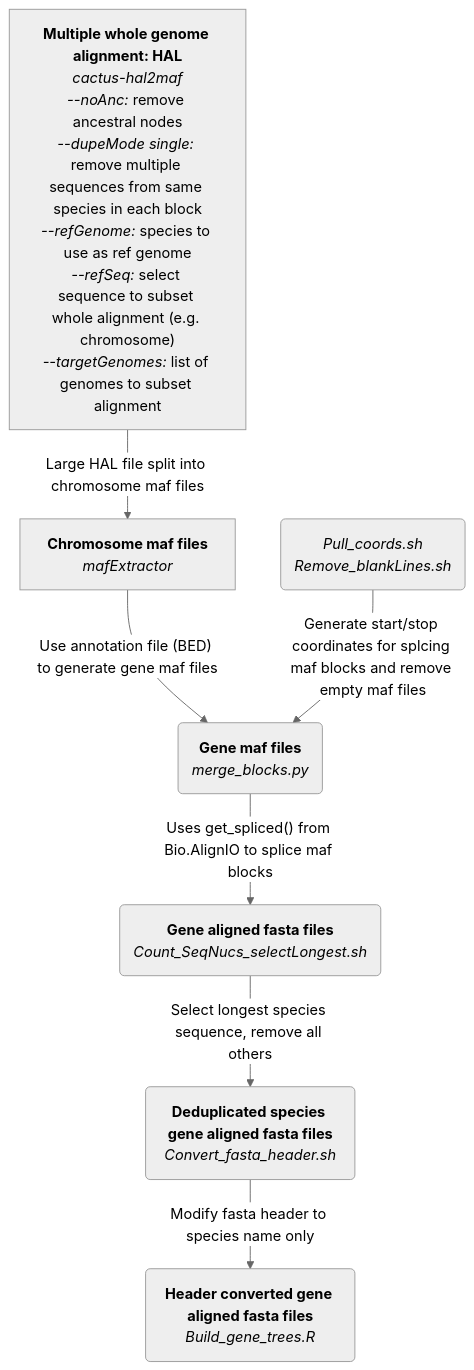
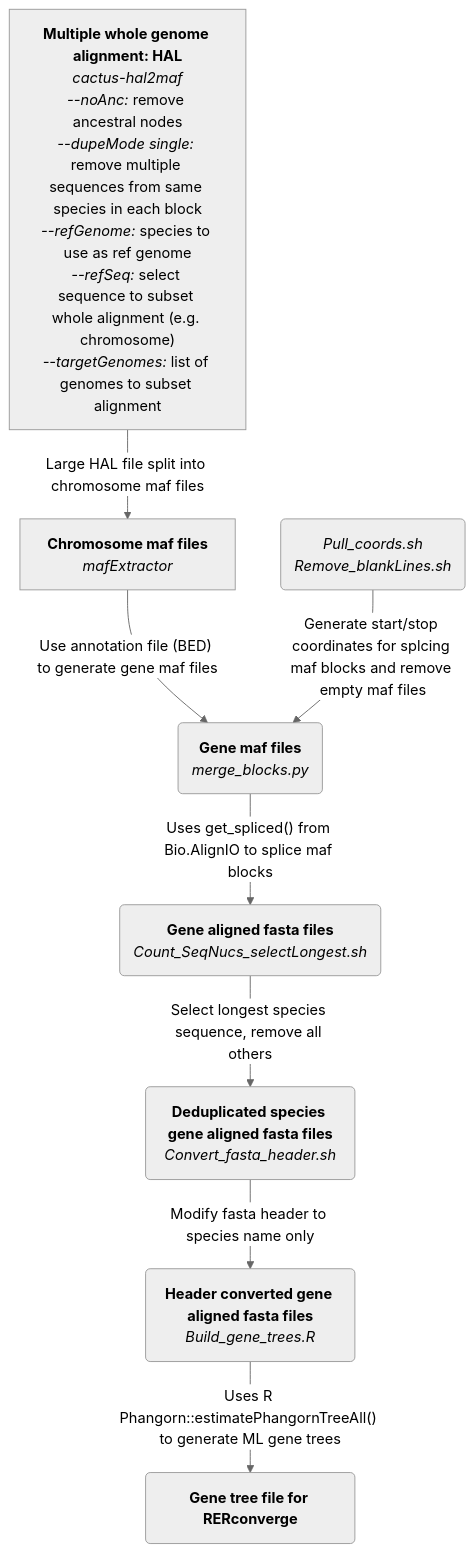
The diagram in README.md (mileswhedbee/RERconverge_pipeline), drawn with Mermaid (neutral theme) before and after one commit.

````diff
--- a/README.md
+++ b/README.md
@@ -6,21 +6,22 @@
 ```mermaid
 graph TD;
     A["`**Multiple whole genome alignment: HAL**
        _cactus-hal2maf_
        _--noAnc:_ remove ancestral nodes
        _--dupeMode single:_ remove multiple sequences from same species in each block
        _--refGenome:_ species to use as ref genome
        _--refSeq:_ select sequence to subset whole alignment (e.g. chromosome)
        _--targetGenomes:_ list of genomes to subset alignment`"]--Large HAL file split into chromosome maf files-->B["`**Chromosome maf files**
-       _mafExtractor_`"];
+                                                                                                                    _mafExtractor_`"];
     B--Use annotation file (BED) to generate gene maf files-->C("`**Gene maf files**
                                                                   _merge_blocks.py_`");
     C--Uses get_spliced() from Bio.AlignIO to splice maf blocks-->D("`**Gene aligned fasta files**
                                                                       _Count_SeqNucs_selectLongest.sh_`");
     E("`_Pull_coords.sh_
         _Remove_blankLines.sh_`")--Generate start/stop coordinates for splcing maf blocks and remove empty maf files-->C;
     D--Select longest species sequence, remove all others-->F("`**Deduplicated species gene aligned fasta files**
-                                                                _Convert_fasta_header.sh_`")
+                                                                _Convert_fasta_header.sh_`");
     F--Modify fasta header to species name only-->G("`**Header converted gene aligned fasta files**
-                                                      _Build_gene_trees.R_`")
+                                                      _Build_gene_trees.R_`");
+    G--Uses R Phangorn::estimatePhangornTreeAll() to generate ML gene trees-->H("`**Gene tree file for RERconverge**`");
 ```
````
